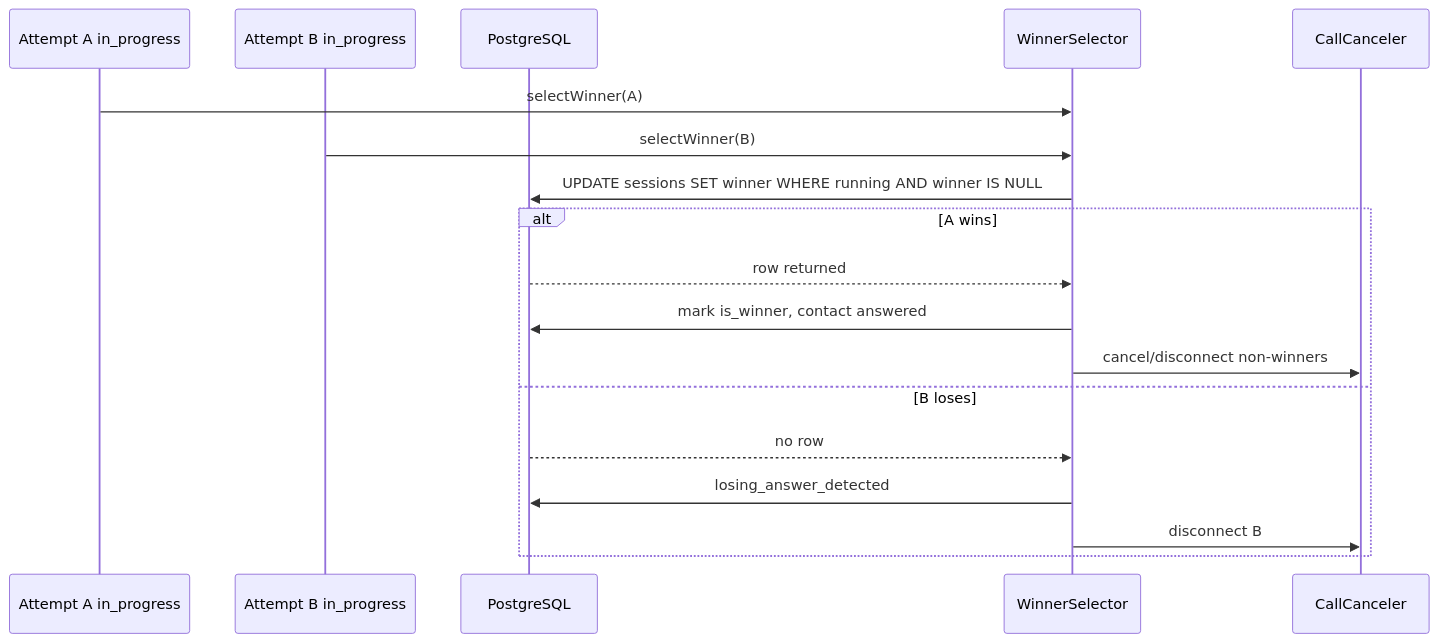
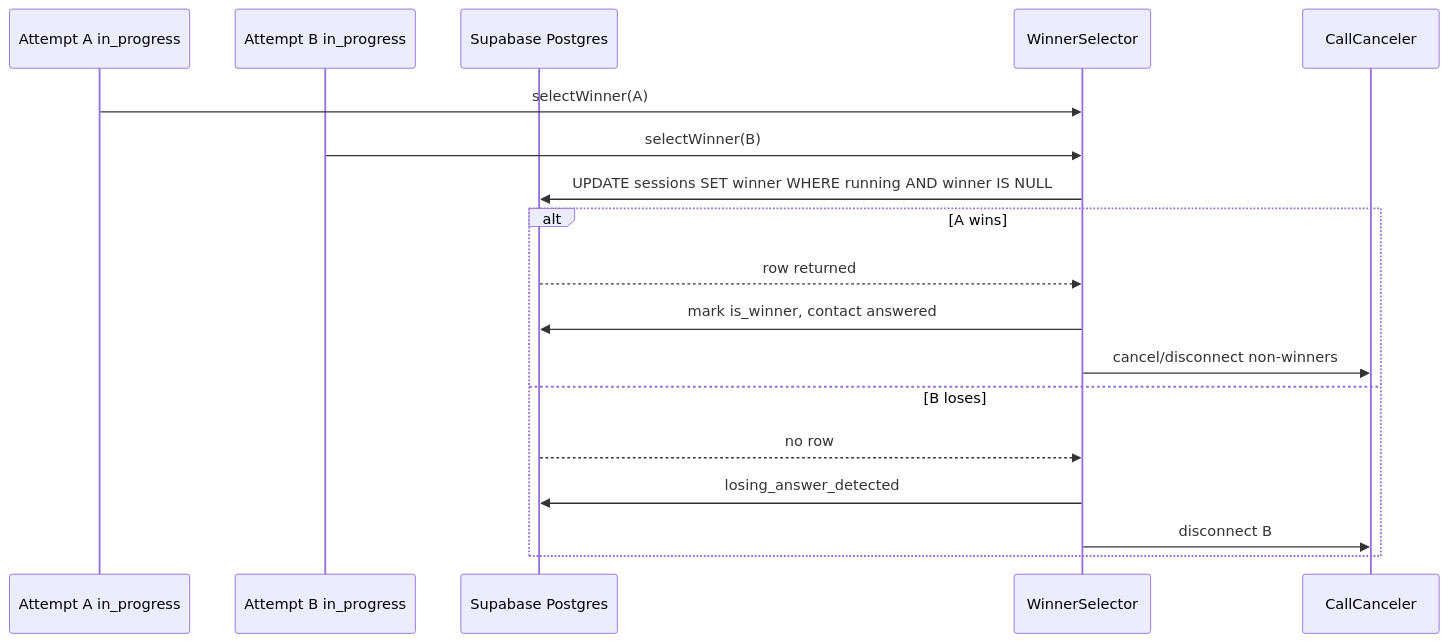
One commit to daniel-citrus/concurrent-outbound-dialer changed the eighth of 9 diagrams in docs/ARCHITECTURE.md. Above: the diagram before and after it, drawn with Mermaid. The commit also changed other lines of this file and 5 other files, not shown here.

First line of the commit message:
Document the SvelteKit/Supabase target architecture and squash dialer migrations into a single schema baseline.

````diff
--- a/docs/ARCHITECTURE.md
+++ b/docs/ARCHITECTURE.md
@@ -317,21 +320,21 @@
 ```mermaid
 sequenceDiagram
   participant A as Attempt A in_progress
   participant B as Attempt B in_progress
-  participant DB as PostgreSQL
+  participant DB as Supabase Postgres
   participant W as WinnerSelector
   participant CC as CallCanceler
 
   A->>W: selectWinner(A)
   B->>W: selectWinner(B)
   W->>DB: UPDATE sessions SET winner WHERE running AND winner IS NULL
   alt A wins
     DB-->>W: row returned
     W->>DB: mark is_winner, contact answered
     W->>CC: cancel/disconnect non-winners
   else B loses
     DB-->>W: no row
     W->>DB: losing_answer_detected
     W->>CC: disconnect B
   end
 ```
````
